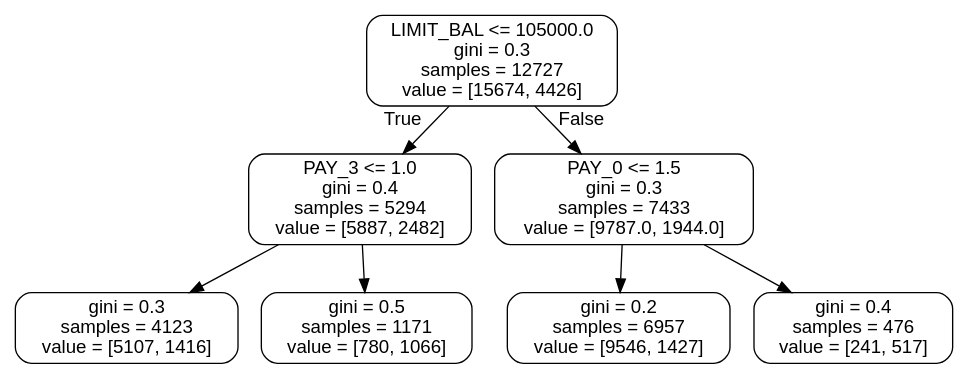
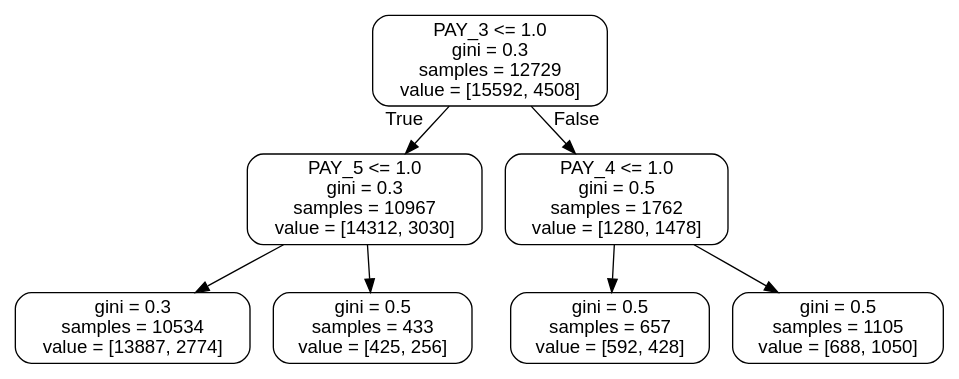
The diagram in res/img/tree.dot (tvsiddhu/AILearn_PyCode), drawn with Graphviz before and after one commit. The commit also changed 3 other files, not shown here.

```diff
--- a/res/img/tree.dot
+++ b/res/img/tree.dot
@@ -1,17 +1,17 @@
 digraph Tree {
 node [shape=box, style="rounded", color="black", fontname="helvetica"] ;
 edge [fontname="helvetica"] ;
-0 [label="LIMIT_BAL <= 105000.0\ngini = 0.3\nsamples = 12727\nvalue = [15674, 4426]"] ;
-1 [label="PAY_3 <= 1.0\ngini = 0.4\nsamples = 5294\nvalue = [5887, 2482]"] ;
+0 [label="PAY_3 <= 1.0\ngini = 0.3\nsamples = 12729\nvalue = [15592, 4508]"] ;
+1 [label="PAY_5 <= 1.0\ngini = 0.3\nsamples = 10967\nvalue = [14312, 3030]"] ;
 0 -> 1 [labeldistance=2.5, labelangle=45, headlabel="True"] ;
-2 [label="gini = 0.3\nsamples = 4123\nvalue = [5107, 1416]"] ;
+2 [label="gini = 0.3\nsamples = 10534\nvalue = [13887, 2774]"] ;
 1 -> 2 ;
-3 [label="gini = 0.5\nsamples = 1171\nvalue = [780, 1066]"] ;
+3 [label="gini = 0.5\nsamples = 433\nvalue = [425, 256]"] ;
 1 -> 3 ;
-4 [label="PAY_0 <= 1.5\ngini = 0.3\nsamples = 7433\nvalue = [9787.0, 1944.0]"] ;
+4 [label="PAY_4 <= 1.0\ngini = 0.5\nsamples = 1762\nvalue = [1280, 1478]"] ;
 0 -> 4 [labeldistance=2.5, labelangle=-45, headlabel="False"] ;
-5 [label="gini = 0.2\nsamples = 6957\nvalue = [9546, 1427]"] ;
+5 [label="gini = 0.5\nsamples = 657\nvalue = [592, 428]"] ;
 4 -> 5 ;
-6 [label="gini = 0.4\nsamples = 476\nvalue = [241, 517]"] ;
+6 [label="gini = 0.5\nsamples = 1105\nvalue = [688, 1050]"] ;
 4 -> 6 ;
 }
```
